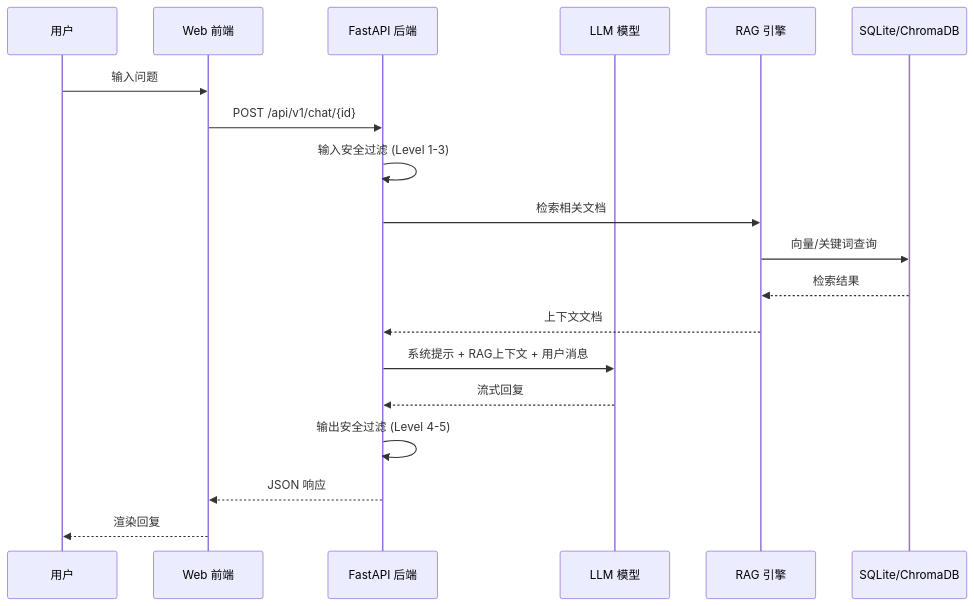
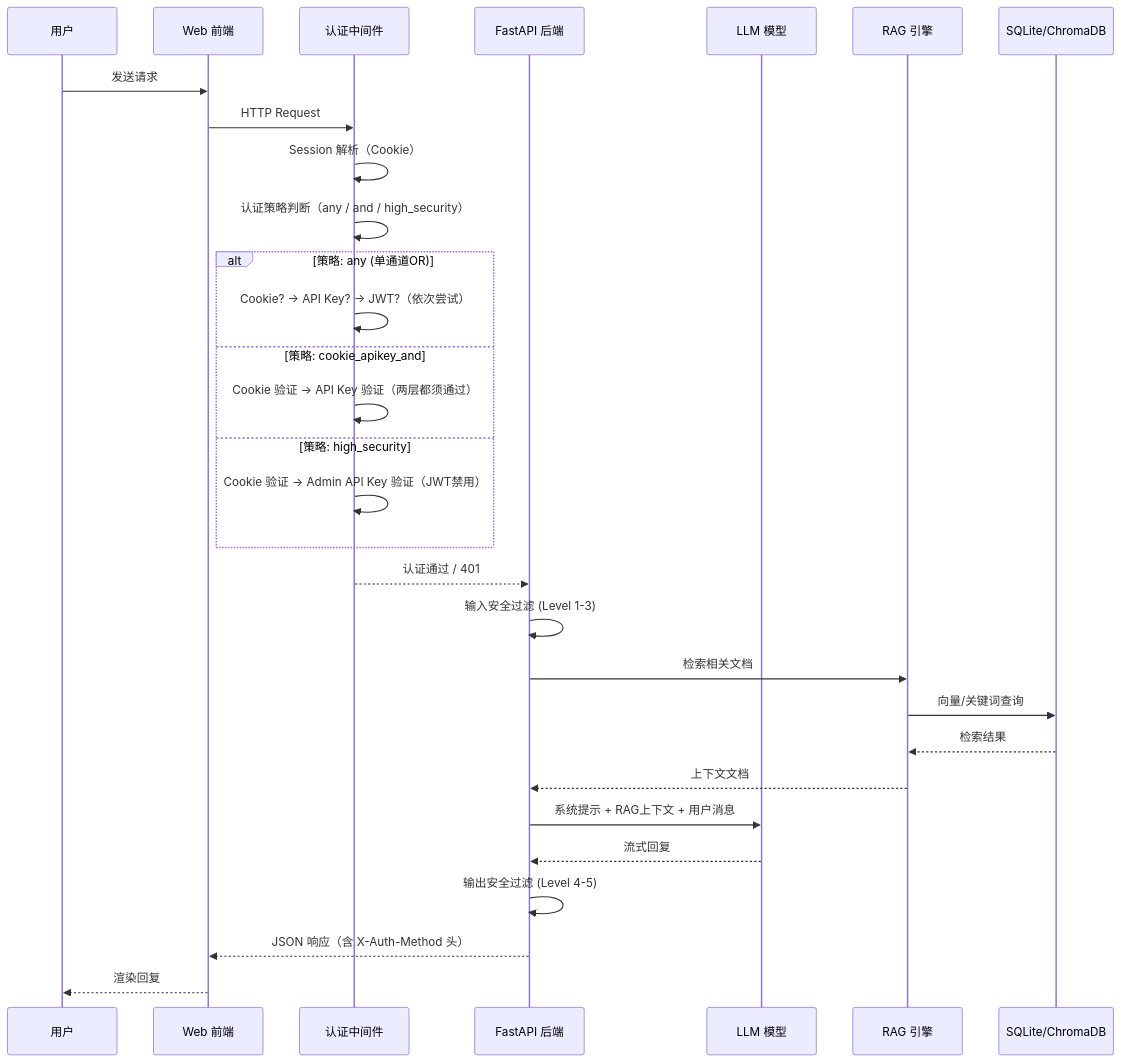
The second of 2 diagrams in AI-Applications/docs/architecture.md (hmbphxkw76-byte/BlueTeam-AI), drawn with Mermaid before and after one commit. The commit also changed other lines of this file and 20 other files, not shown here.

````diff
--- a/AI-Applications/docs/architecture.md
+++ b/AI-Applications/docs/architecture.md
@@ -78,22 +109,33 @@
 ```mermaid
 sequenceDiagram
     participant User as 用户
     participant Web as Web 前端
+    participant MW as 认证中间件
     participant API as FastAPI 后端
     participant LLM as LLM 模型
     participant RAG as RAG 引擎
     participant DB as SQLite/ChromaDB
 
-    User->>Web: 输入问题
-    Web->>API: POST /api/v1/chat/{id}
+    User->>Web: 发送请求
+    Web->>MW: HTTP Request
+    MW->>MW: Session 解析（Cookie）
+    MW->>MW: 认证策略判断（any / and / high_security）
+    alt 策略: any (单通道OR)
+        MW->>MW: Cookie? → API Key? → JWT?（依次尝试）
+    else 策略: cookie_apikey_and
+        MW->>MW: Cookie 验证 → API Key 验证（两层都须通过）
+    else 策略: high_security
+        MW->>MW: Cookie 验证 → Admin API Key 验证（JWT禁用）
+    end
+    MW-->>API: 认证通过 / 401
     API->>API: 输入安全过滤 (Level 1-3)
     API->>RAG: 检索相关文档
     RAG->>DB: 向量/关键词查询
     DB-->>RAG: 检索结果
     RAG-->>API: 上下文文档
     API->>LLM: 系统提示 + RAG上下文 + 用户消息
     LLM-->>API: 流式回复
     API->>API: 输出安全过滤 (Level 4-5)
-    API-->>Web: JSON 响应
+    API-->>Web: JSON 响应（含 X-Auth-Method 头）
     Web-->>User: 渲染回复
 ```
````
